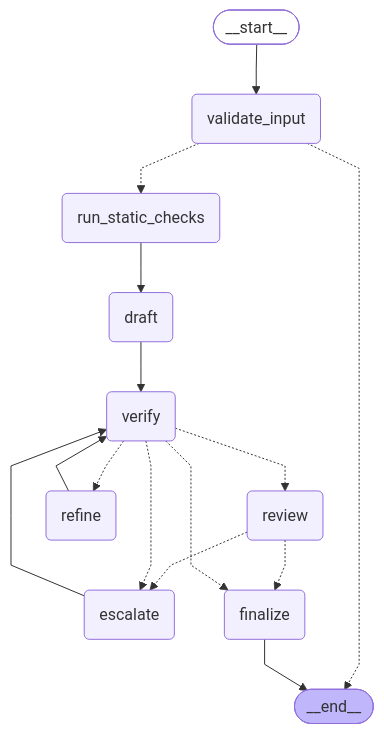
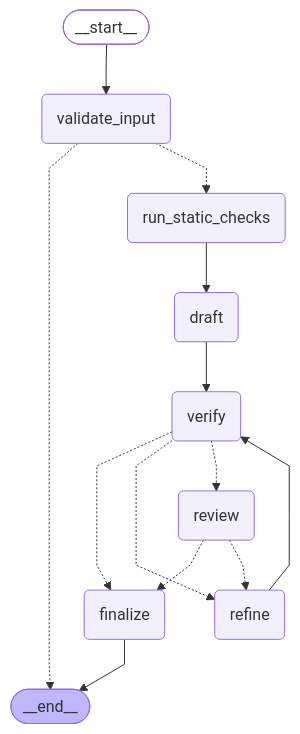
One commit to ethantranucsb/devassist changed the diagram in README.md. Above: the diagram before and after it, drawn with Mermaid. The commit also changed other lines of this file and 15 other files, not shown here.

````diff
--- a/README.md
+++ b/README.md
@@ -161,35 +161,32 @@
 ```mermaid
 ---
 config:
   flowchart:
     curve: linear
 ---
 graph TD;
 	__start__([<p>__start__</p>]):::first
 	validate_input(validate_input)
 	run_static_checks(run_static_checks)
 	draft(draft)
 	verify(verify)
 	review(review)
 	refine(refine)
-	escalate(escalate)
 	finalize(finalize)
 	__end__([<p>__end__</p>]):::last
 	__start__ --> validate_input;
 	draft --> verify;
-	escalate --> verify;
 	refine --> verify;
-	review -.-> escalate;
 	review -.-> finalize;
+	review -.-> refine;
 	run_static_checks --> draft;
 	validate_input -.-> __end__;
 	validate_input -.-> run_static_checks;
-	verify -.-> escalate;
 	verify -.-> finalize;
 	verify -.-> refine;
 	verify -.-> review;
 	finalize --> __end__;
 	classDef default fill:#f2f0ff,line-height:1.2
 	classDef first fill-opacity:0
 	classDef last fill:#bfb6fc
 ```
````
